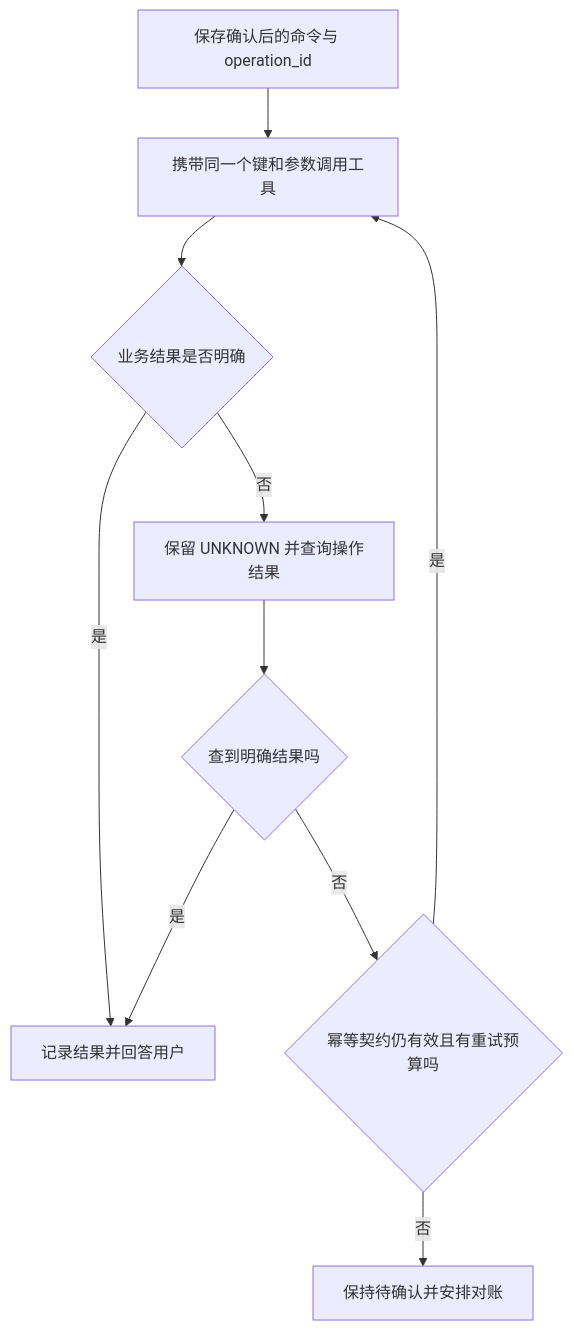
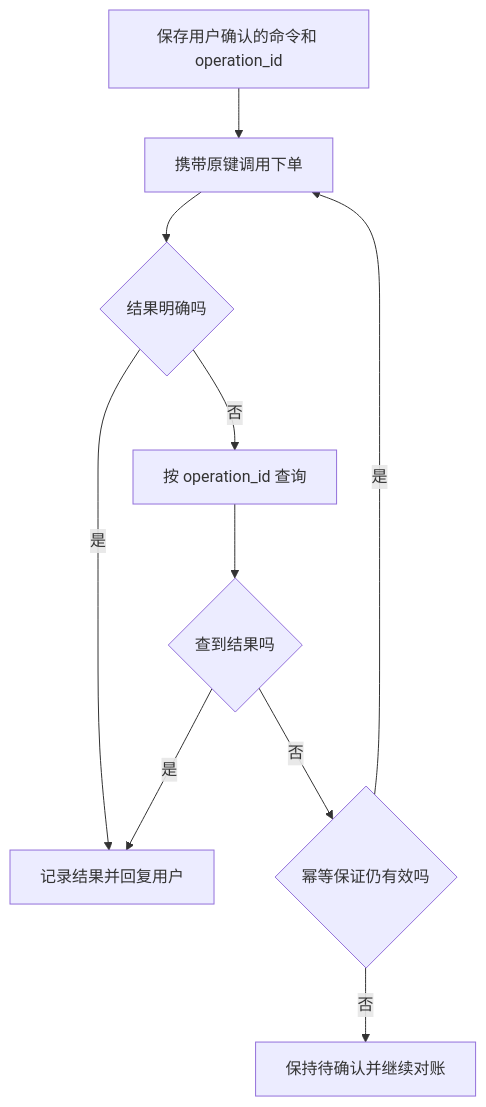
The diagram in docs/architecture-q4.md (DZH166/agent-runtime-interview), drawn with Mermaid before and after one commit. The commit also changed other lines of this file and 24 other files, not shown here.

````diff
--- a/docs/architecture-q4.md
+++ b/docs/architecture-q4.md
@@ -35,12 +21,12 @@
 ```mermaid
 flowchart TD
-    A[保存确认后的命令与 operation_id] --> B[携带同一个键和参数调用工具]
-    B --> C{业务结果是否明确}
-    C -->|是| D[记录结果并回答用户]
-    C -->|否| E[保留 UNKNOWN 并查询操作结果]
-    E --> F{查到明确结果吗}
+    A[保存用户确认的命令和 operation_id] --> B[携带原键调用下单]
+    B --> C{结果明确吗}
+    C -->|是| D[记录结果并回复用户]
+    C -->|否| E[按 operation_id 查询]
+    E --> F{查到结果吗}
     F -->|是| D
-    F -->|否| G{幂等契约仍有效且有重试预算吗}
+    F -->|否| G{幂等保证仍有效吗}
     G -->|是| B
-    G -->|否| H[保持待确认并安排对账]
+    G -->|否| H[保持待确认并继续对账]
 ```
````
